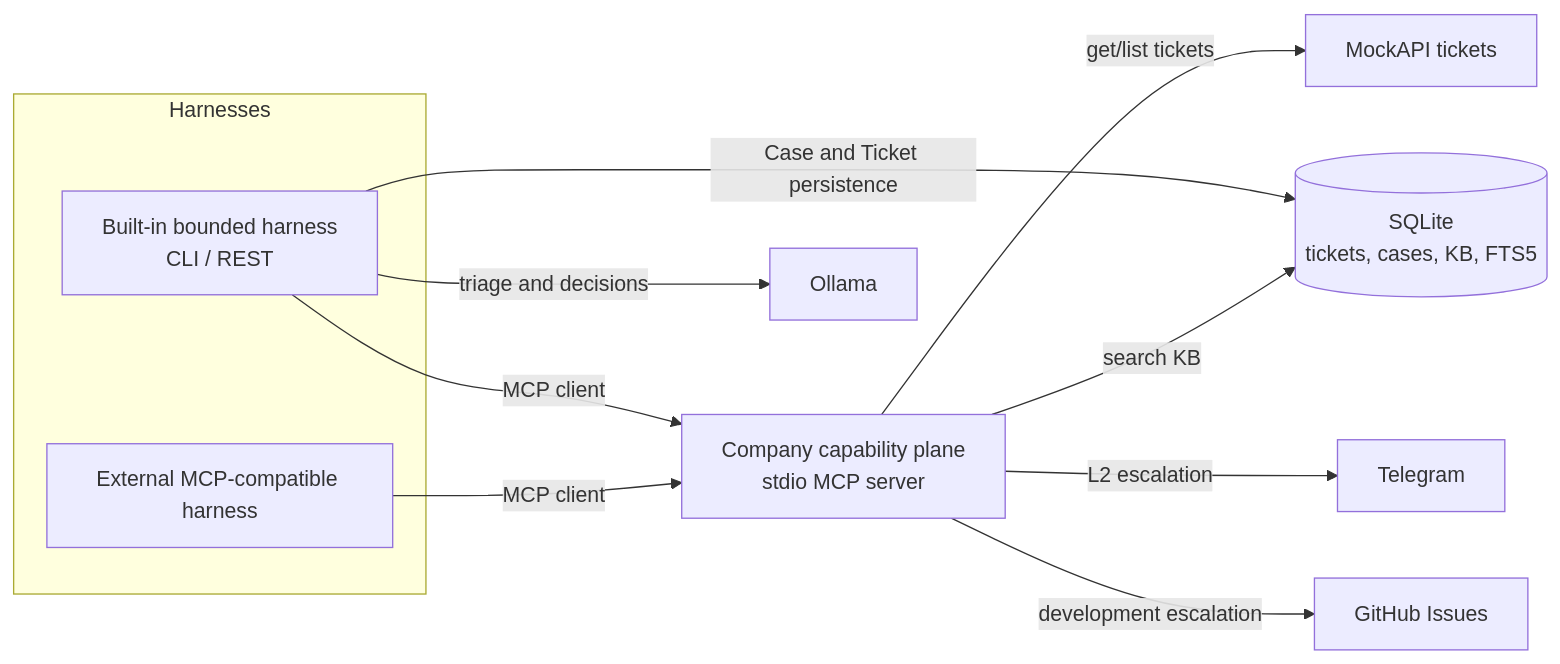
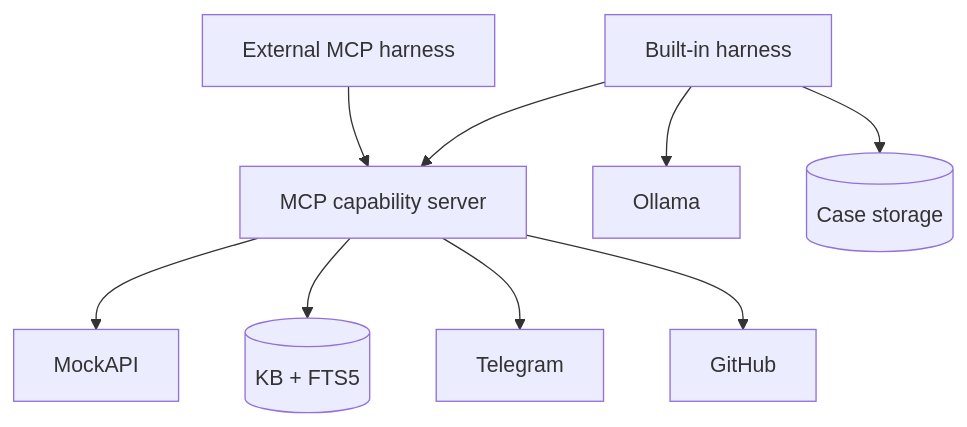
One commit to rddwnn/l1-support-agent changed the first of 2 diagrams in README.md. Above: the diagram before and after it, drawn with Mermaid. The commit also changed other lines of this file and 4 other files, not shown here.

````diff
--- a/README.md
+++ b/README.md
@@ -26,23 +11,21 @@
 ```mermaid
-flowchart LR
-    subgraph Harnesses
-        BuiltIn[Built-in bounded harness<br/>CLI / REST]
-        External[External MCP-compatible harness]
-    end
+flowchart TB
+    BuiltIn["Built-in harness"]
+    External["External MCP harness"]
+    MCP["MCP capability server"]
+    MockAPI["MockAPI"]
+    KB[("KB + FTS5")]
+    Telegram["Telegram"]
+    GitHub["GitHub"]
+    Ollama["Ollama"]
+    Cases[("Case storage")]
 
-    MCP[Company capability plane<br/>stdio MCP server]
-    Ollama[Ollama]
-    DB[(SQLite<br/>tickets, cases, KB, FTS5)]
-    MockAPI[MockAPI tickets]
-    Telegram[Telegram]
-    GitHub[GitHub Issues]
-
-    BuiltIn -->|MCP client| MCP
-    External -->|MCP client| MCP
-    BuiltIn -->|triage and decisions| Ollama
-    BuiltIn -->|Case and Ticket persistence| DB
-    MCP -->|get/list tickets| MockAPI
-    MCP -->|search KB| DB
-    MCP -->|L2 escalation| Telegram
-    MCP -->|development escalation| GitHub
+    BuiltIn --> MCP
+    External --> MCP
+    BuiltIn --> Ollama
+    BuiltIn --> Cases
+    MCP --> MockAPI
+    MCP --> KB
+    MCP --> Telegram
+    MCP --> GitHub
 ```
````
